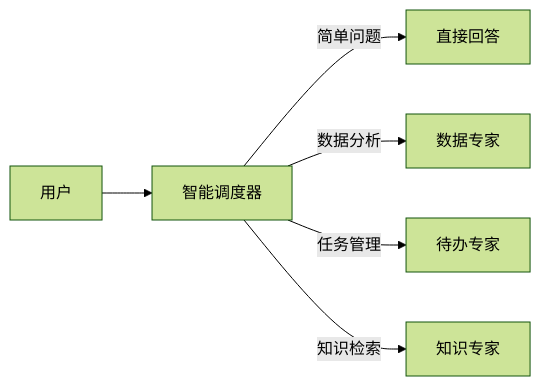
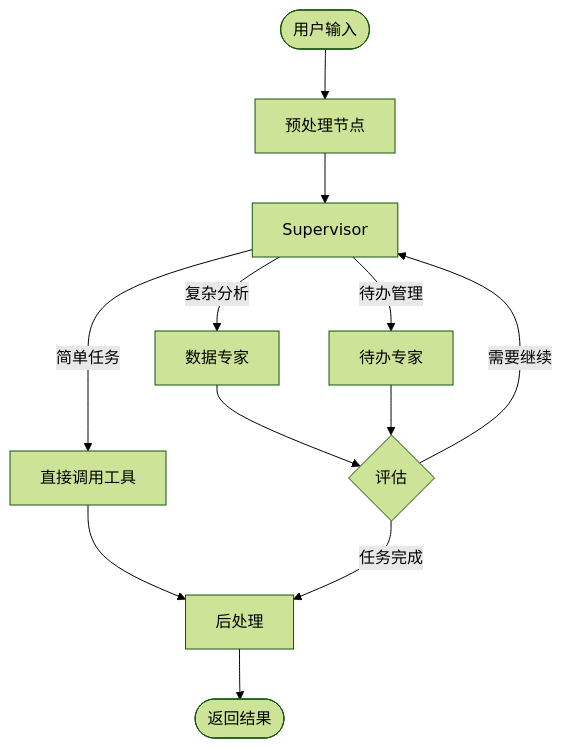
Before and after one commit to jijingkun-commits/fastapi: the second of 2 diagrams in docs/产品文档/产品概述.md, drawn with Mermaid (forest theme). The commit also changed other lines of this file and 41 other files, not shown here.

````diff
--- a/docs/产品文档/产品概述.md
+++ b/docs/产品文档/产品概述.md
@@ -58,8 +115,18 @@
 ```mermaid
-graph LR
-    User[用户] --> Supervisor[智能调度器]
-    Supervisor --> |简单问题| Direct[直接回答]
-    Supervisor --> |数据分析| DataExpert[数据专家]
-    Supervisor --> |任务管理| TodoExpert[待办专家]
-    Supervisor --> |知识检索| KnowledgeExpert[知识专家]
+graph TD
+    START([用户输入]) --> PREPROCESS[预处理节点]
+    PREPROCESS --> SUPERVISOR[Supervisor]
+    
+    SUPERVISOR --> |简单任务| SIMPLE[直接调用工具]
+    SUPERVISOR --> |复杂分析| DATA[数据专家]
+    SUPERVISOR --> |待办管理| TODO[待办专家]
+    
+    SIMPLE --> POSTPROCESS
+    DATA --> EVALUATE{评估}
+    TODO --> EVALUATE
+    
+    EVALUATE --> |任务完成| POSTPROCESS[后处理]
+    EVALUATE --> |需要继续| SUPERVISOR
+    
+    POSTPROCESS --> END([返回结果])
 ```
````
